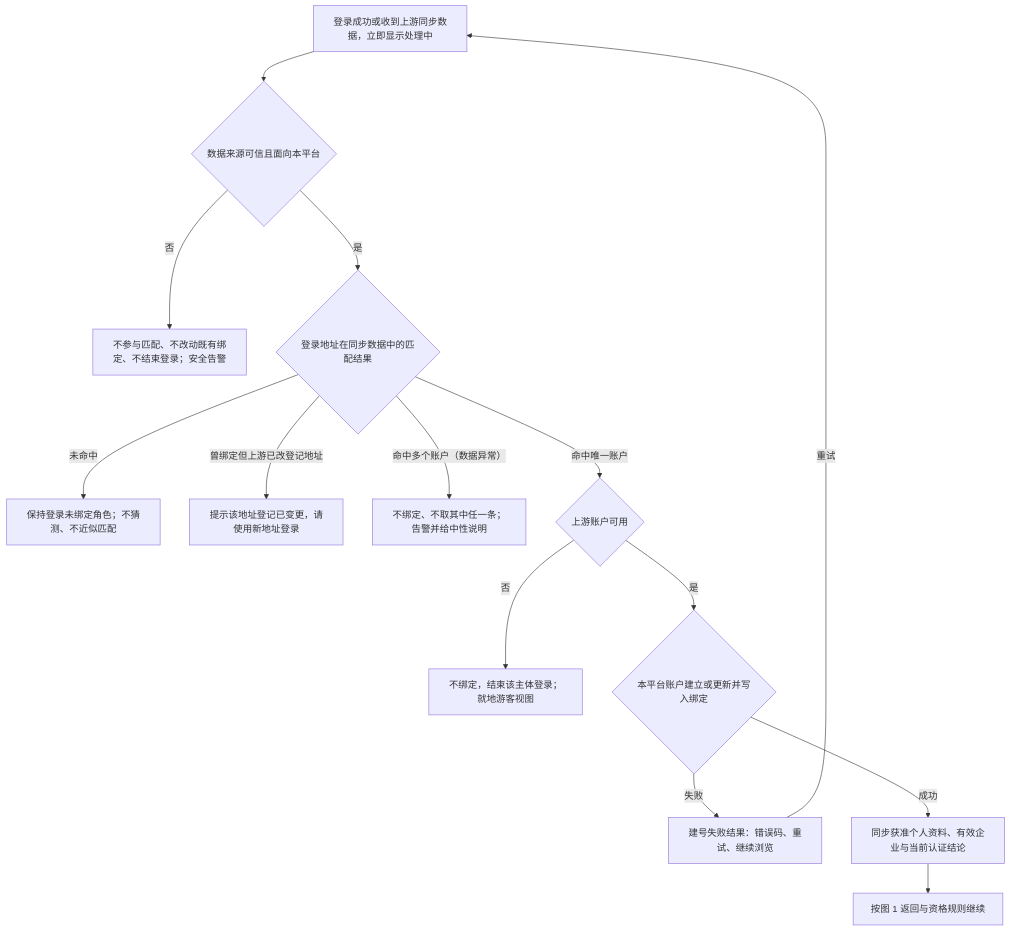
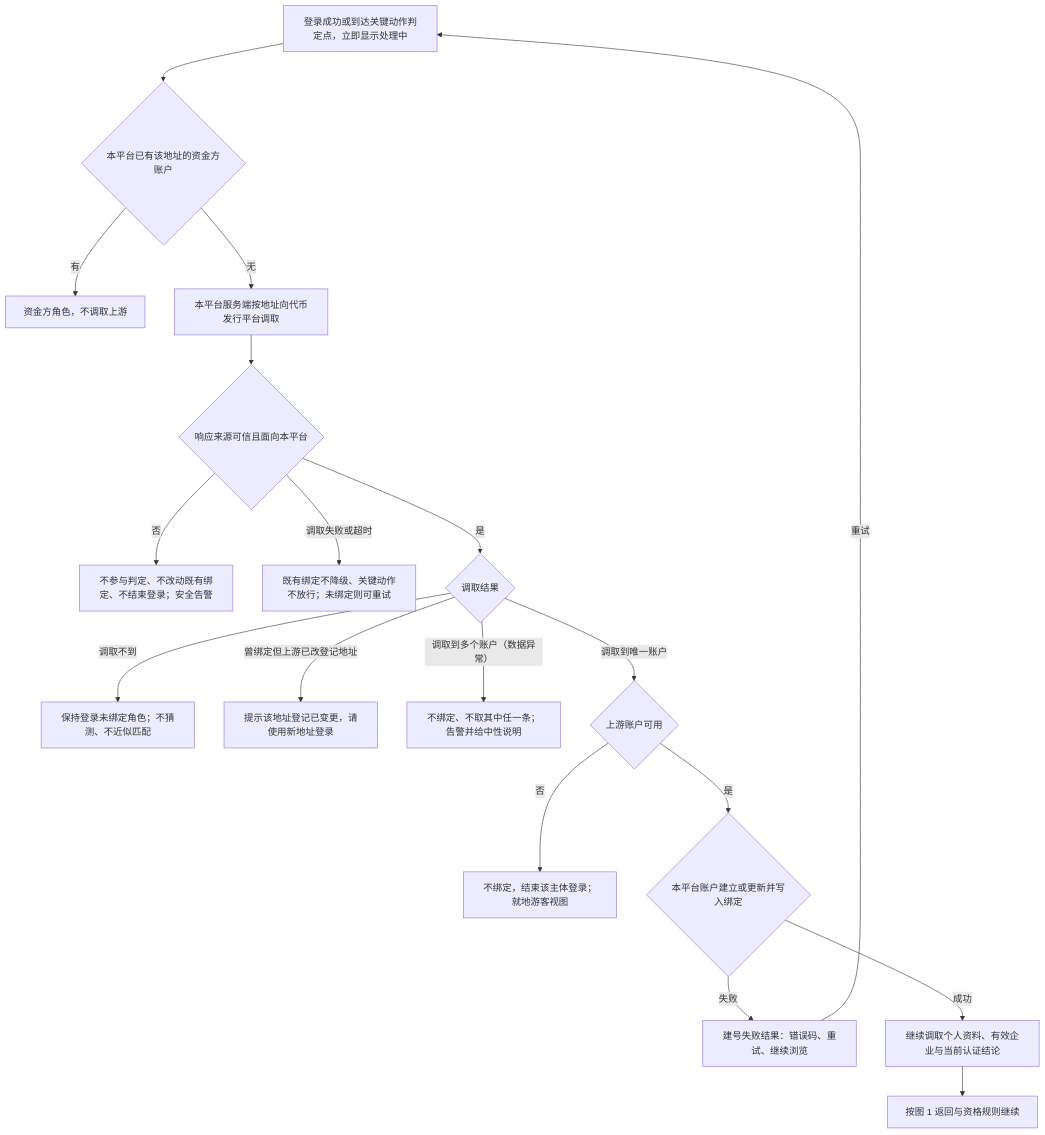
The second of 7 diagrams in lending-platform/PRD/v2.0-登录与账户体系/02-登录主干与资产方SSO接入-流程图与状态机.md (wxblockchain/Chain-Financing), drawn with Mermaid before and after one commit. The commit also changed other lines of this file and 3 other files, not shown here.

````diff
--- a/lending-platform/PRD/v2.0-登录与账户体系/02-登录主干与资产方SSO接入-流程图与状态机.md
+++ b/lending-platform/PRD/v2.0-登录与账户体系/02-登录主干与资产方SSO接入-流程图与状态机.md
@@ -40,16 +44,20 @@
 ```mermaid
 flowchart TD
-    START["登录成功或收到上游同步数据，立即显示处理中"] --> SRC{"数据来源可信且面向本平台"}
-    SRC -->|否| ALERT["不参与匹配、不改动既有绑定、不结束登录；安全告警"]
-    SRC -->|是| MATCH{"登录地址在同步数据中的匹配结果"}
-    MATCH -->|未命中| NONE["保持登录未绑定角色；不猜测、不近似匹配"]
+    START["登录成功或到达关键动作判定点，立即显示处理中"] --> FUND{"本平台已有该地址的资金方账户"}
+    FUND -->|有| ROLEF["资金方角色，不调取上游"]
+    FUND -->|无| CALL["本平台服务端按地址向代币发行平台调取"]
+    CALL --> SRC{"响应来源可信且面向本平台"}
+    SRC -->|否| ALERT["不参与判定、不改动既有绑定、不结束登录；安全告警"]
+    SRC -->|调取失败或超时| KEEP["既有绑定不降级、关键动作不放行；未绑定则可重试"]
+    SRC -->|是| MATCH{"调取结果"}
+    MATCH -->|调取不到| NONE["保持登录未绑定角色；不猜测、不近似匹配"]
     MATCH -->|曾绑定但上游已改登记地址| OLD["提示该地址登记已变更，请使用新地址登录"]
-    MATCH -->|命中多个账户（数据异常）| CONFLICT["不绑定、不取其中任一条；告警并给中性说明"]
-    MATCH -->|命中唯一账户| ACTIVE{"上游账户可用"}
+    MATCH -->|调取到多个账户（数据异常）| CONFLICT["不绑定、不取其中任一条；告警并给中性说明"]
+    MATCH -->|调取到唯一账户| ACTIVE{"上游账户可用"}
     ACTIVE -->|否| BLOCK["不绑定，结束该主体登录；就地游客视图"]
     ACTIVE -->|是| BIND{"本平台账户建立或更新并写入绑定"}
     BIND -->|失败| ERROR["建号失败结果：错误码、重试、继续浏览"]
-    BIND -->|成功| SYNC["同步获准个人资料、有效企业与当前认证结论"]
+    BIND -->|成功| SYNC["继续调取个人资料、有效企业与当前认证结论"]
     SYNC --> LAND["按图 1 返回与资格规则继续"]
     ERROR -->|重试| START
 ```
````
